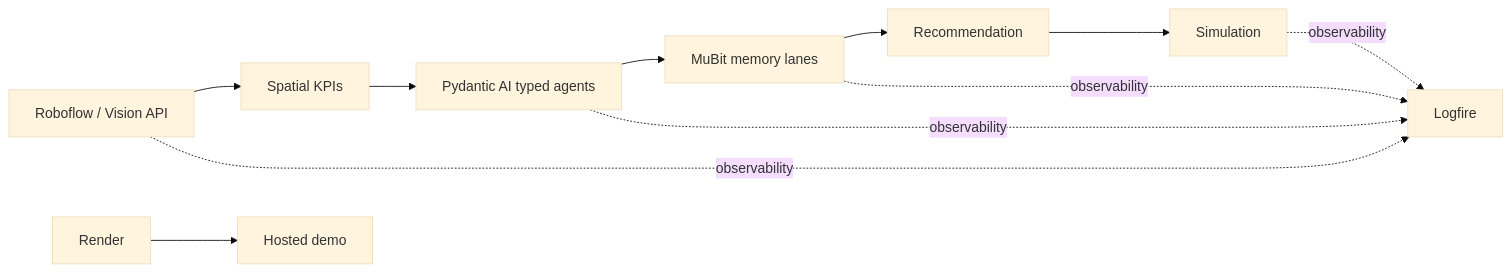
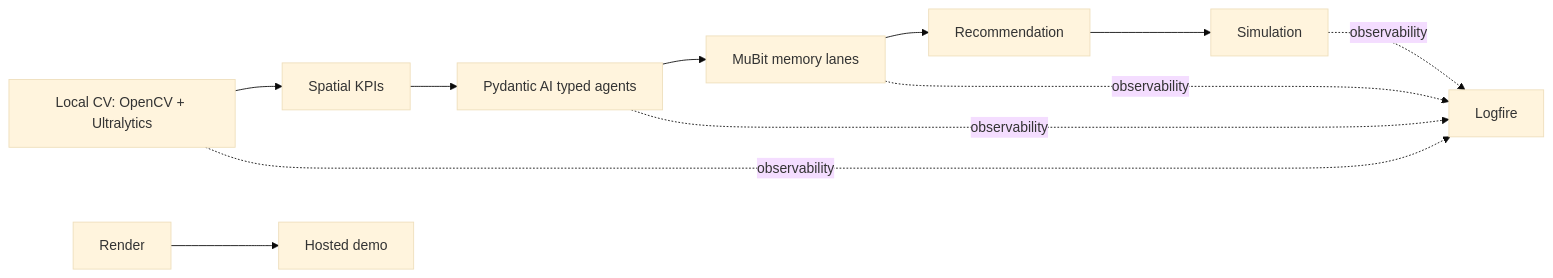
The second of 4 diagrams in overview_plan.md (alexzh3/londonhack), drawn with Mermaid (base theme) before and after one commit. The commit also changed other lines of this file and 2 other files, not shown here.

````diff
--- a/overview_plan.md
+++ b/overview_plan.md
@@ -69,13 +70,13 @@
 ```mermaid
 flowchart LR
-    A[Roboflow / Vision API] --> B[Spatial KPIs]
+    A[Local CV: OpenCV + Ultralytics] --> B[Spatial KPIs]
     B --> C[Pydantic AI typed agents]
     C --> D[MuBit memory lanes]
     D --> E[Recommendation]
     E --> F[Simulation]
     A -. observability .-> G[Logfire]
     C -. observability .-> G
     D -. observability .-> G
     F -. observability .-> G
     H[Render] --> I[Hosted demo]
 ```
````
